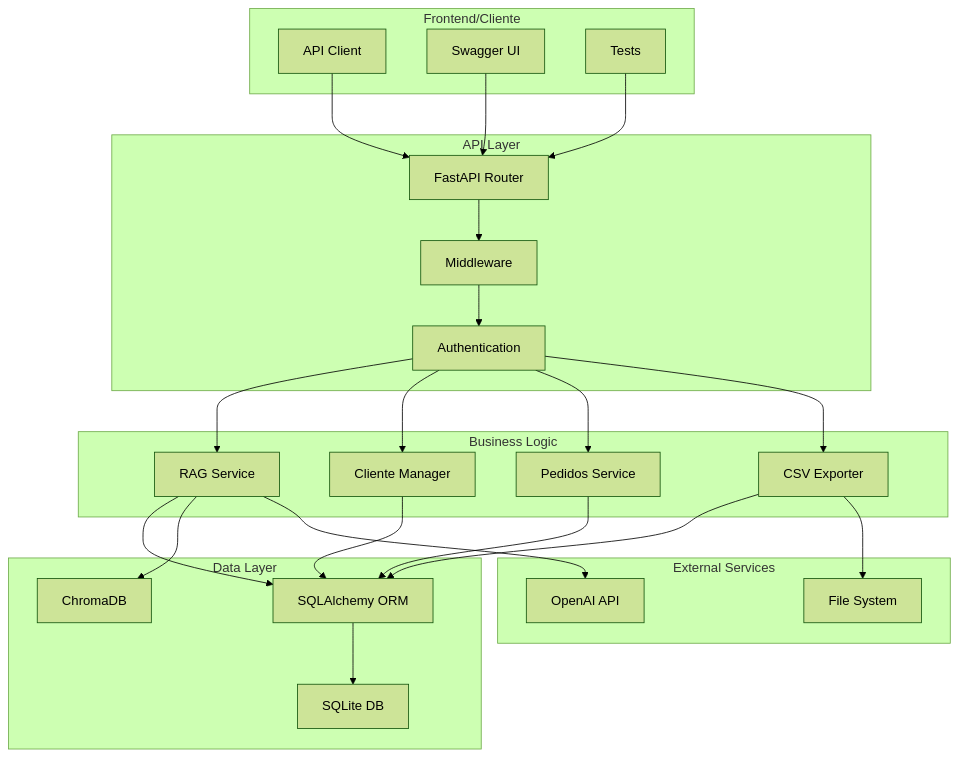
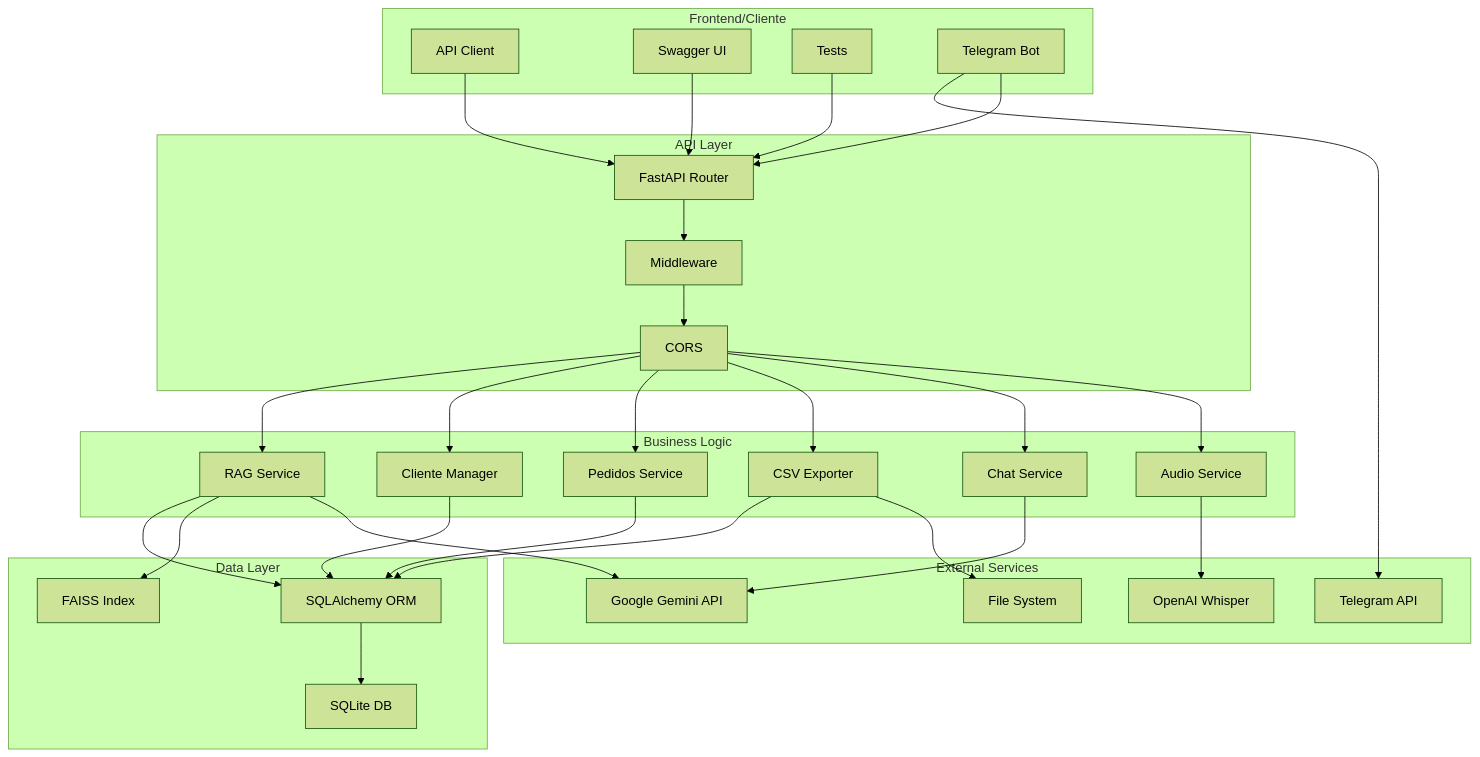
Before and after one commit to Hacanaval/agente_vendedor_backend: the diagram in DOCUMENTACION_TECNICA.md, drawn with Mermaid (forest theme). The commit also changed other lines of this file and 3 other files, not shown here.

````diff
--- a/DOCUMENTACION_TECNICA.md
+++ b/DOCUMENTACION_TECNICA.md
@@ -7,50 +7,61 @@
 ```mermaid
 graph TB
     subgraph "Frontend/Cliente"
         A[API Client]
         B[Swagger UI]
         C[Tests]
+        D[Telegram Bot]
     end
     
     subgraph "API Layer"
-        D[FastAPI Router]
-        E[Middleware]
-        F[Authentication]
+        E[FastAPI Router]
+        F[Middleware]
+        G[CORS]
     end
     
     subgraph "Business Logic"
-        G[RAG Service]
-        H[Cliente Manager]
-        I[Pedidos Service]
-        J[CSV Exporter]
+        H[RAG Service]
+        I[Cliente Manager]
+        J[Pedidos Service]
+        K[CSV Exporter]
+        L[Chat Service]
+        M[Audio Service]
     end
     
     subgraph "Data Layer"
-        K[SQLAlchemy ORM]
-        L[ChromaDB]
-        M[SQLite DB]
+        N[SQLAlchemy ORM]
+        O[FAISS Index]
+        P[SQLite DB]
     end
     
     subgraph "External Services"
-        N[OpenAI API]
-        O[File System]
+        Q[Google Gemini API]
+        R[OpenAI Whisper]
+        S[Telegram API]
+        T[File System]
     end
     
-    A --> D
-    B --> D
-    C --> D
+    A --> E
+    B --> E
+    C --> E
+    D --> S
     D --> E
     E --> F
     F --> G
-    F --> H
-    F --> I
-    F --> J
+    G --> H
+    G --> I
+    G --> J
     G --> K
     G --> L
-    G --> N
-    H --> K
-    I --> K
-    J --> K
-    J --> O
-    K --> M
+    G --> M
+    H --> N
+    H --> O
+    H --> Q
+    I --> N
+    J --> N
+    K --> N
+    K --> T
+    L --> Q
+    M --> R
+    N --> P
 ```
````
